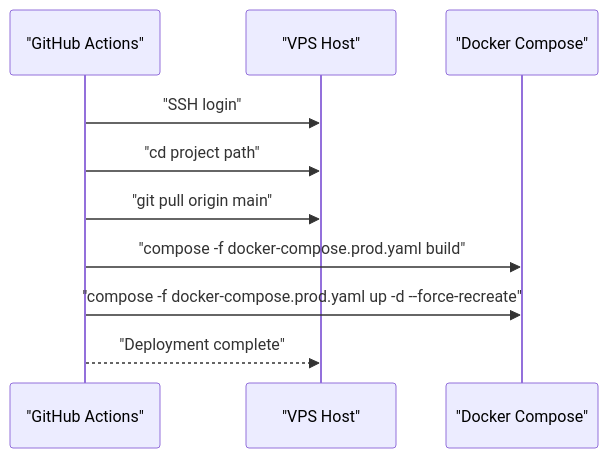
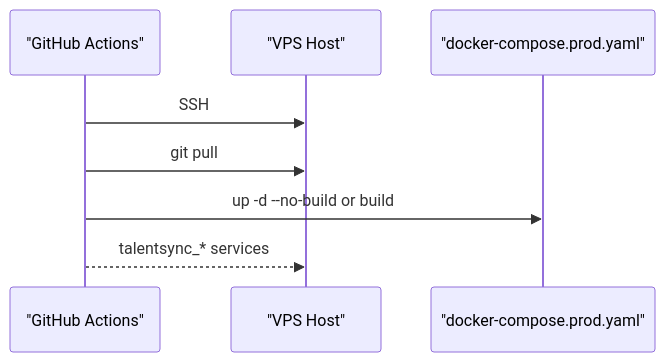
One commit to tashifkhan/tashif.codes changed the sixth of 7 diagrams in src/data/docs/talentsync/Deployment & DevOps.md. Above: the diagram before and after it, drawn with Mermaid. The commit also changed other lines of this file and 2128 other files, not shown here.

First line of the commit message:
docs: replace raster diagram images with native Mermaid across project guides

````diff
--- a/src/data/docs/talentsync/Deployment & DevOps.md
+++ b/src/data/docs/talentsync/Deployment & DevOps.md
@@ -163,12 +140,10 @@
 ```mermaid
 sequenceDiagram
 participant GH as "GitHub Actions"
 participant VPS as "VPS Host"
-participant DC as "Docker Compose"
-GH->>VPS : "SSH login"
-GH->>VPS : "cd project path"
-GH->>VPS : "git pull origin main"
-GH->>DC : "compose -f docker-compose.prod.yaml build"
-GH->>DC : "compose -f docker-compose.prod.yaml up -d --force-recreate"
-GH-->>VPS : "Deployment complete"
+participant DC as "docker-compose.prod.yaml"
+GH->>VPS : SSH
+GH->>VPS : git pull
+GH->>DC : up -d --no-build or build
+GH-->>VPS : talentsync_* services
 ```
````
